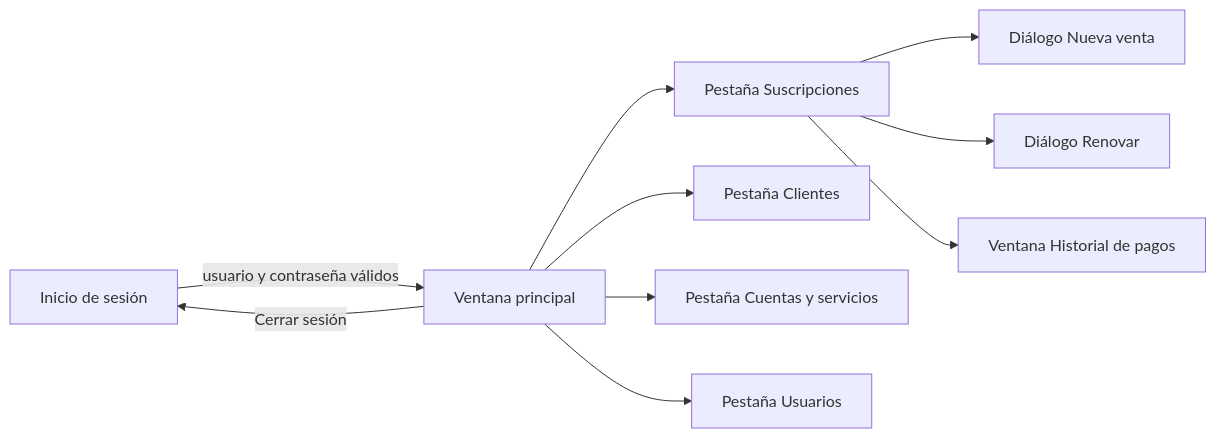
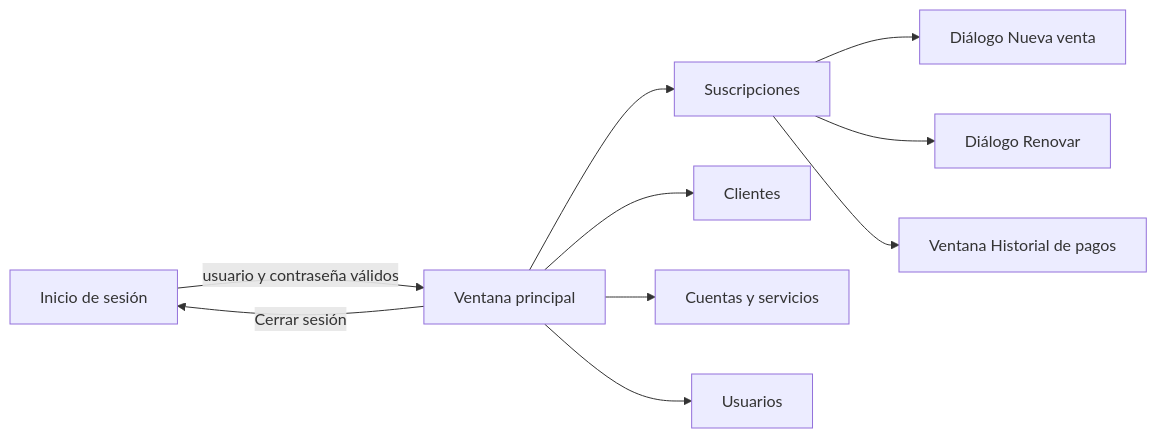
Before and after one commit to TheMarce001/programacion_VI: the first of 2 diagrams in accountstore_escritorio/docs/INFORME.md, drawn with Mermaid. The commit also changed other lines of this file and 29 other files, not shown here.

````diff
--- a/accountstore_escritorio/docs/INFORME.md
+++ b/accountstore_escritorio/docs/INFORME.md
@@ -83,12 +84,12 @@
 ```mermaid
 flowchart LR
     L[Inicio de sesión] -- usuario y contraseña válidos --> P[Ventana principal]
-    P --> S[Pestaña Suscripciones]
-    P --> C[Pestaña Clientes]
-    P --> K[Pestaña Cuentas y servicios]
-    P --> U[Pestaña Usuarios]
+    P --> S[Suscripciones]
+    P --> C[Clientes]
+    P --> K[Cuentas y servicios]
+    P --> U[Usuarios]
     S --> V[Diálogo Nueva venta]
     S --> R[Diálogo Renovar]
     S --> H[Ventana Historial de pagos]
     P -- Cerrar sesión --> L
 ```
````
